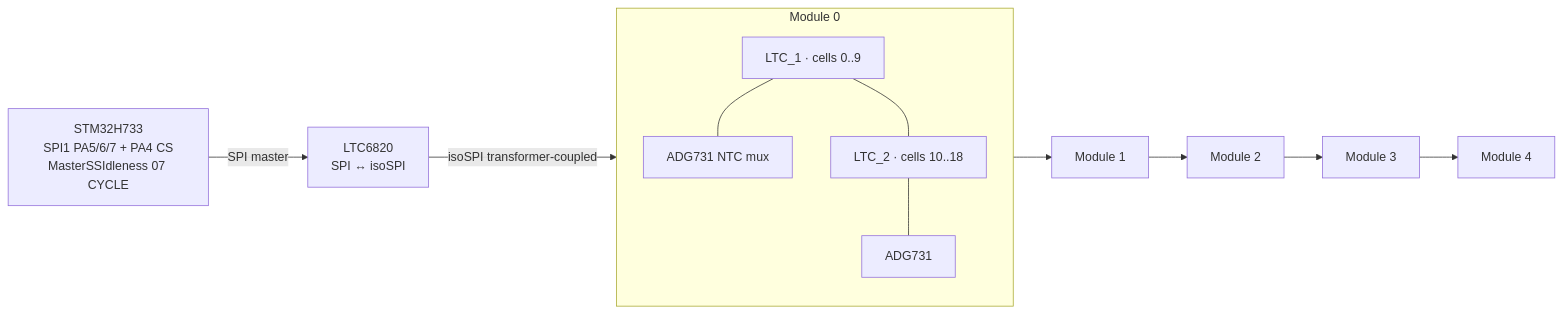
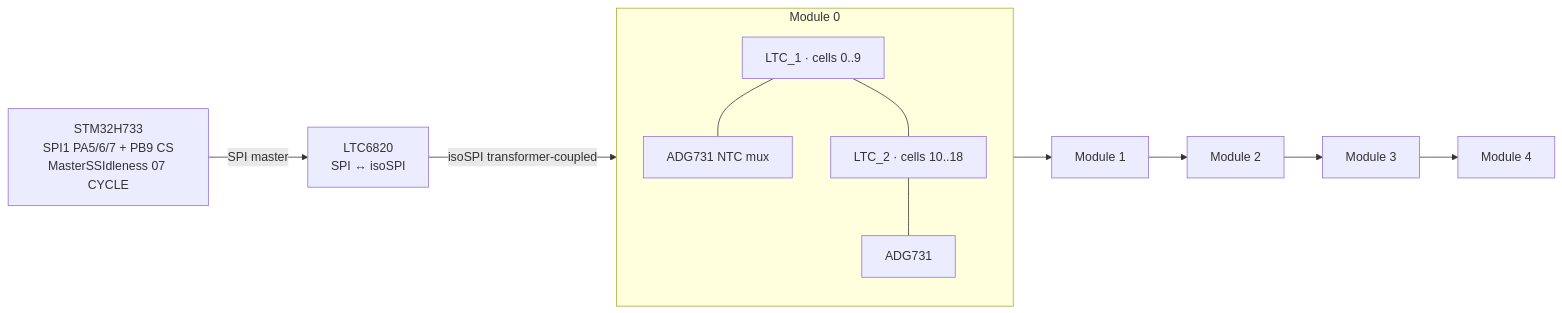
One commit to isc-fs/IFS08-CE-AMS changed the fourth of 4 diagrams in docs/DEEP_DIVE.md. Above: the diagram before and after it, drawn with Mermaid. The commit also changed other lines of this file and 15 other files, not shown here.

````diff
--- a/docs/DEEP_DIVE.md
+++ b/docs/DEEP_DIVE.md
@@ -375,15 +381,15 @@
 ```mermaid
 flowchart LR
-  MCU[STM32H733<br/>SPI1 PA5/6/7 + PA4 CS<br/>MasterSSIdleness 07 CYCLE] -- "SPI master" --> Bridge[LTC6820<br/>SPI ↔ isoSPI]
+  MCU[STM32H733<br/>SPI1 PA5/6/7 + PB9 CS<br/>MasterSSIdleness 07 CYCLE] -- "SPI master" --> Bridge[LTC6820<br/>SPI ↔ isoSPI]
   Bridge -- "isoSPI transformer-coupled" --> M0
   subgraph M0[Module 0]
     L0a[LTC_1 · cells 0..9]
     M0a[ADG731 NTC mux]
     L0a --- M0a
     L0b[LTC_2 · cells 10..18]
     M0b[ADG731]
     L0b --- M0b
     L0a --- L0b
   end
   M0 --> M1[Module 1] --> M2[Module 2] --> M3[Module 3] --> M4[Module 4]
 ```
````
